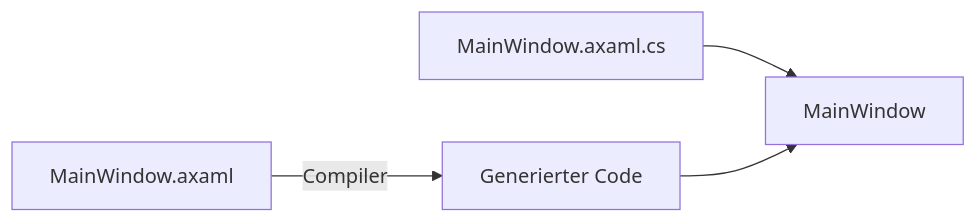
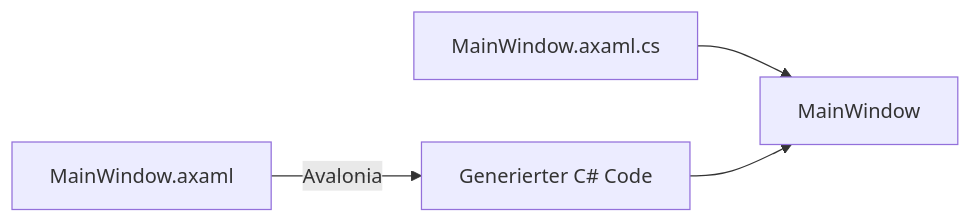
The diagram in bausteine/10-gui/folien/folien.qmd (matthiasbaitsch/informatik-master), drawn with Mermaid before and after one commit. The commit also changed other lines of this file and 102 other files, not shown here.

````diff
--- a/bausteine/10-gui/folien/folien.qmd
+++ b/bausteine/10-gui/folien/folien.qmd
@@ -119,6 +121,6 @@
 ```{mermaid}
 graph LR
-    A["MainWindow.axaml"] -->|Compiler| B["Generierter Code"]
+    A["MainWindow.axaml"] -->|Avalonia| B["Generierter C# Code"]
     C["MainWindow.axaml.cs"] --> D
     B --> D["MainWindow"]
 ```
````
